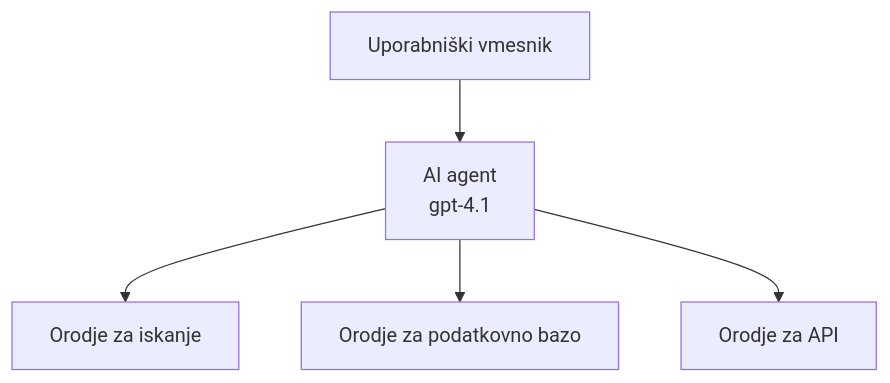
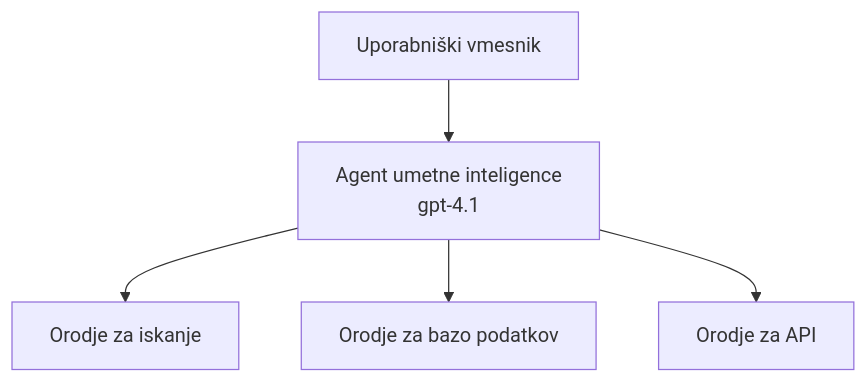
Before and after one commit to microsoft/AZD-for-beginners: the first of 3 diagrams in translations/sl/docs/chapter-02-ai-development/agents.md, drawn with Mermaid. The commit also changed other lines of this file and 101 other files, not shown here.

````diff
--- a/translations/sl/docs/chapter-02-ai-development/agents.md
+++ b/translations/sl/docs/chapter-02-ai-development/agents.md
@@ -152,7 +157,7 @@
 ```mermaid
 graph TD
-    UI[Uporabniški vmesnik] --> Agent[AI agent<br/>gpt-4.1]
+    UI[Uporabniški vmesnik] --> Agent[Agent umetne inteligence<br/>gpt-4.1]
     Agent --> Search[Orodje za iskanje]
-    Agent --> Database[Orodje za podatkovno bazo]
+    Agent --> Database[Orodje za bazo podatkov]
     Agent --> API[Orodje za API]
 ```
````
